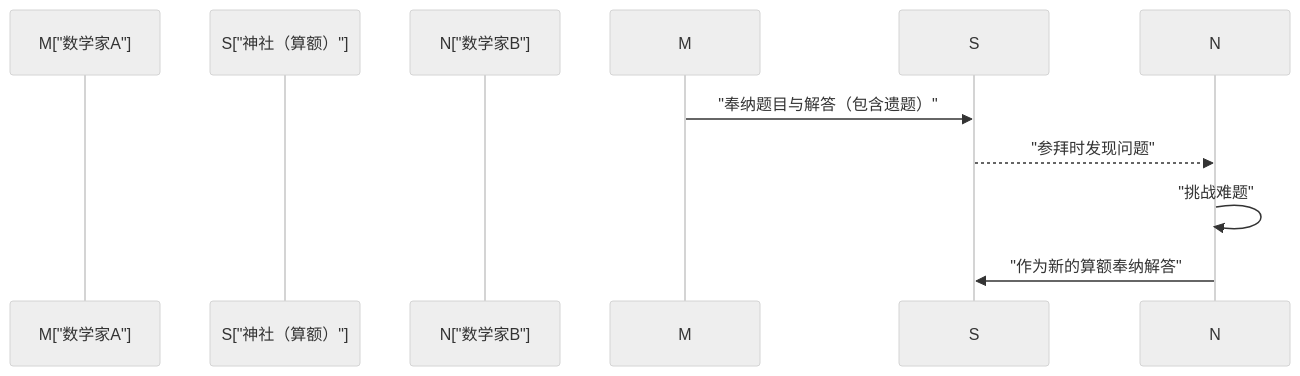
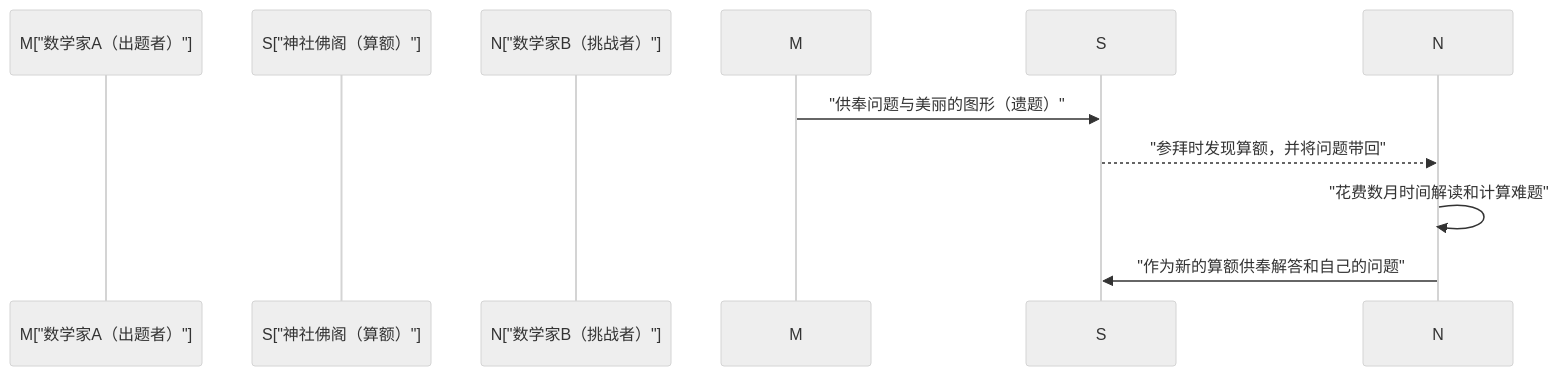
One commit to kenjinote/blog changed the second of 2 diagrams in content/post/history-of-wasan-japanese-mathematics/index.zh-cn.md. Above: the diagram before and after it, drawn with Mermaid (neutral theme). The commit also changed other lines of this file and 129 other files, not shown here.

````diff
--- a/content/post/history-of-wasan-japanese-mathematics/index.zh-cn.md
+++ b/content/post/history-of-wasan-japanese-mathematics/index.zh-cn.md
@@ -68,11 +70,11 @@
 ```mermaid
 sequenceDiagram
-    participant M["数学家A"]
-    participant S["神社（算额）"]
-    participant N["数学家B"]
+    participant M["数学家A（出题者）"]
+    participant S["神社佛阁（算额）"]
+    participant N["数学家B（挑战者）"]
     
-    M->>S: "奉纳题目与解答（包含遗题）"
-    S-->>N: "参拜时发现问题"
-    N->>N: "挑战难题"
-    N->>S: "作为新的算额奉纳解答"
+    M->>S: "供奉问题与美丽的图形（遗题）"
+    S-->>N: "参拜时发现算额，并将问题带回"
+    N->>N: "花费数月时间解读和计算难题"
+    N->>S: "作为新的算额供奉解答和自己的问题"
 ```
````
